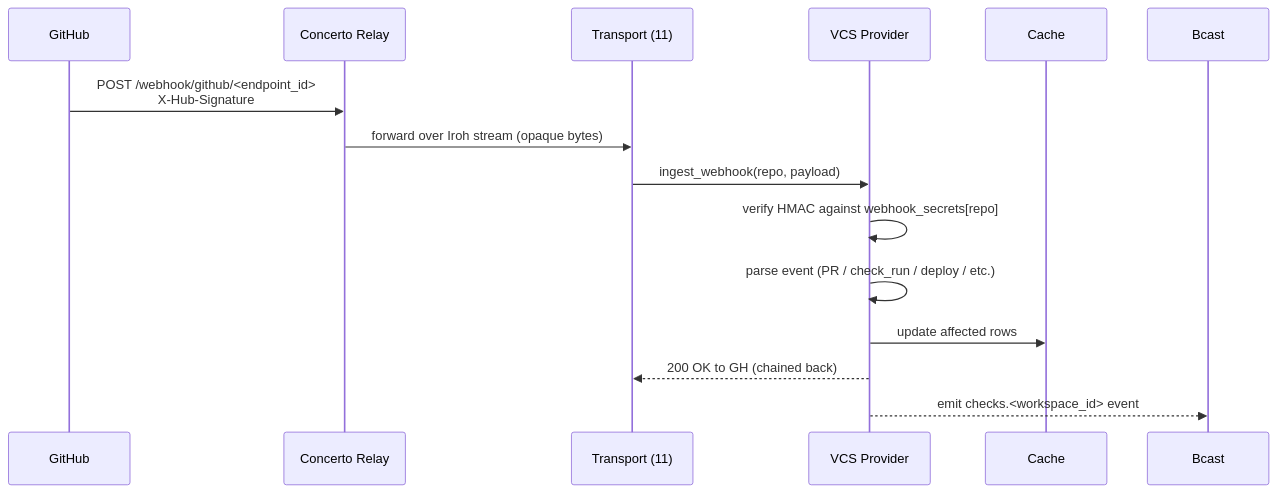
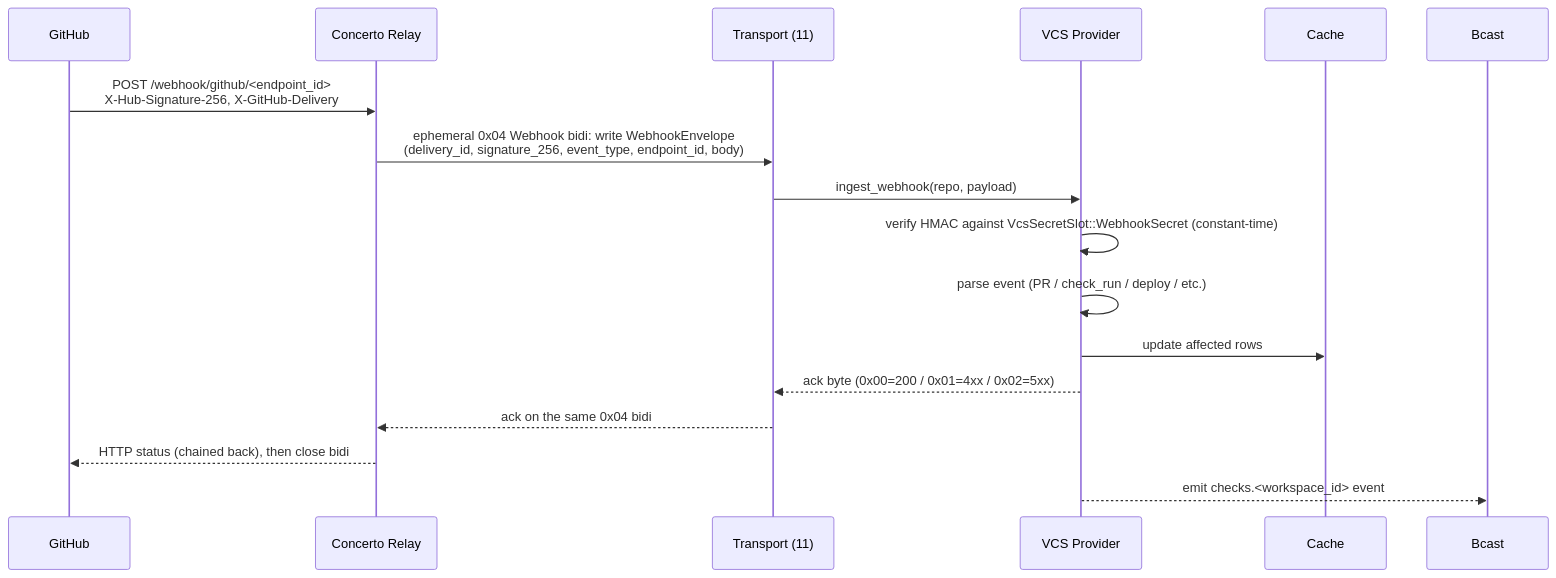
Before and after one commit to aminry/concerto: the second of 5 diagrams in design/13_VCS_Provider_Integration.md, drawn with Mermaid. The commit also changed other lines of this file and 2 other files, not shown here.

First line of the commit message:
phase-3: design amendment — relay→Core webhook framing on the 0x04 Webhook channel

````diff
--- a/design/13_VCS_Provider_Integration.md
+++ b/design/13_VCS_Provider_Integration.md
@@ -275,16 +278,18 @@
 ```mermaid
 sequenceDiagram
     participant GH as GitHub
     participant Relay as Concerto Relay
     participant Trans as Transport (11)
     participant Vcs as VCS Provider
     participant Cache
-    GH->>Relay: POST /webhook/github/<endpoint_id><br/>X-Hub-Signature
-    Relay->>Trans: forward over Iroh stream (opaque bytes)
+    GH->>Relay: POST /webhook/github/<endpoint_id><br/>X-Hub-Signature-256, X-GitHub-Delivery
+    Relay->>Trans: ephemeral 0x04 Webhook bidi: write WebhookEnvelope<br/>(delivery_id, signature_256, event_type, endpoint_id, body)
     Trans->>Vcs: ingest_webhook(repo, payload)
-    Vcs->>Vcs: verify HMAC against webhook_secrets[repo]
+    Vcs->>Vcs: verify HMAC against VcsSecretSlot::WebhookSecret (constant-time)
     Vcs->>Vcs: parse event (PR / check_run / deploy / etc.)
     Vcs->>Cache: update affected rows
-    Vcs-->>Trans: 200 OK to GH (chained back)
+    Vcs-->>Trans: ack byte (0x00=200 / 0x01=4xx / 0x02=5xx)
+    Trans-->>Relay: ack on the same 0x04 bidi
+    Relay-->>GH: HTTP status (chained back), then close bidi
     Vcs-->>Bcast: emit checks.<workspace_id> event
 ```
````
